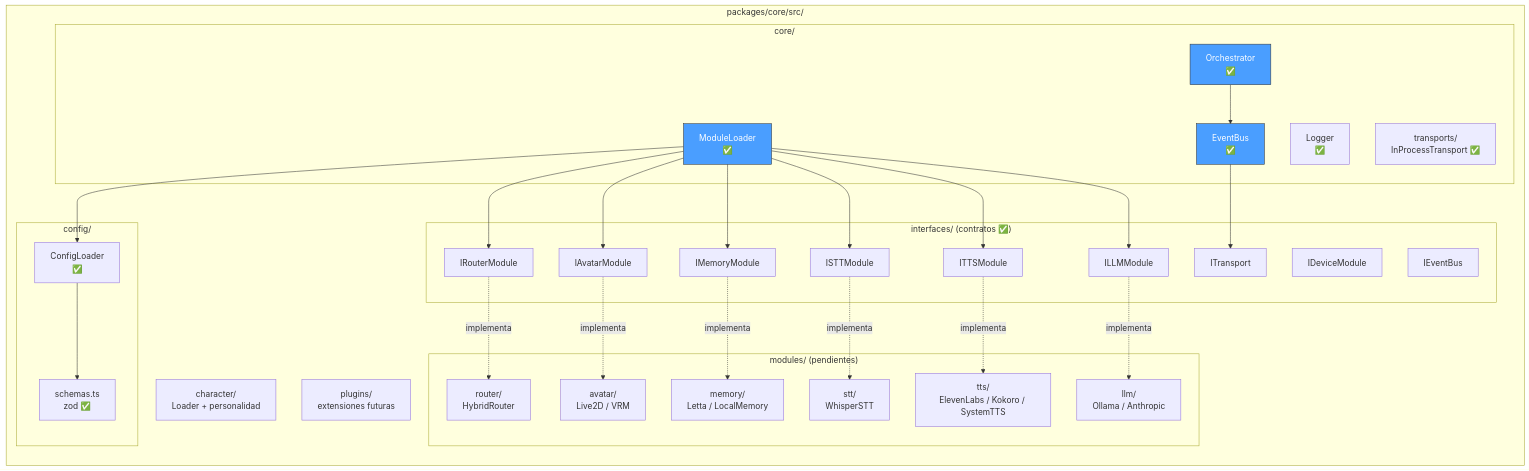
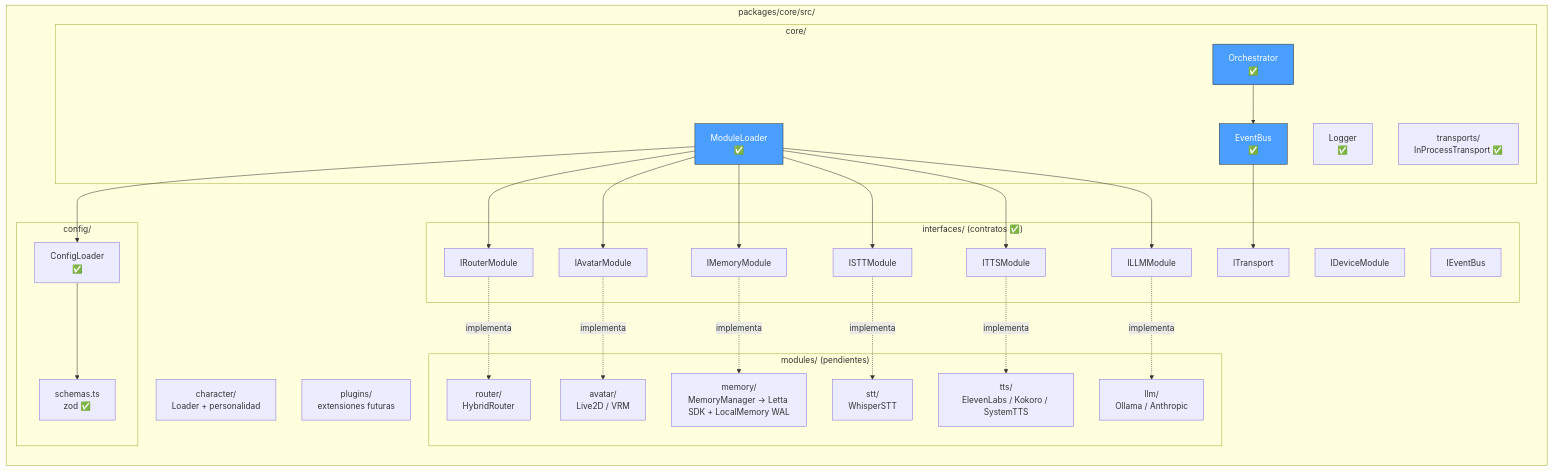
Before and after one commit to Pipelol0723/proyecto-shiro: the second of 5 diagrams in docs/architecture.md, drawn with Mermaid. The commit also changed other lines of this file and 3 other files, not shown here.

First line of the commit message:
docs: añade ADR 0018 (integración Letta) y actualiza README + architecture

````diff
--- a/docs/architecture.md
+++ b/docs/architecture.md
@@ -62,65 +62,65 @@
 ```mermaid
 graph LR
     subgraph "packages/core/src/"
         subgraph "core/"
             EventBus[EventBus<br>✅]
             Orchestrator[Orchestrator<br>✅]
             ModuleLoader[ModuleLoader<br>✅]
             Logger[Logger<br>✅]
             Transports[transports/<br>InProcessTransport ✅]
         end
 
         subgraph "config/"
             Schemas[schemas.ts<br>zod ✅]
             ConfigLoader[ConfigLoader<br>✅]
         end
 
         subgraph "interfaces/ (contratos ✅)"
             ILLM[ILLMModule]
             ITTS[ITTSModule]
             ISTT[ISTTModule]
             IMem[IMemoryModule]
             IAv[IAvatarModule]
             IRou[IRouterModule]
             IDev[IDeviceModule]
             ITrans[ITransport]
             IBus[IEventBus]
         end
 
         subgraph "modules/ (pendientes)"
             STT[stt/<br>WhisperSTT]
             TTS[tts/<br>ElevenLabs / Kokoro / SystemTTS]
             LLM[llm/<br>Ollama / Anthropic]
-            Mem[memory/<br>Letta / LocalMemory]
+            Mem[memory/<br>MemoryManager → Letta SDK + LocalMemory WAL]
             Av[avatar/<br>Live2D / VRM]
             Rou[router/<br>HybridRouter]
         end
 
         Character[character/<br>Loader + personalidad]
         Plugins[plugins/<br>extensiones futuras]
     end
 
     ModuleLoader --> ILLM
     ModuleLoader --> ITTS
     ModuleLoader --> ISTT
     ModuleLoader --> IMem
     ModuleLoader --> IAv
     ModuleLoader --> IRou
 
     ConfigLoader --> Schemas
     ModuleLoader --> ConfigLoader
 
     ILLM -.implementa.-> LLM
     ITTS -.implementa.-> TTS
     ISTT -.implementa.-> STT
     IMem -.implementa.-> Mem
     IAv -.implementa.-> Av
     IRou -.implementa.-> Rou
 
     Orchestrator --> EventBus
     EventBus --> ITrans
 
     style EventBus fill:#4a9eff,stroke:#333,color:#fff
     style Orchestrator fill:#4a9eff,stroke:#333,color:#fff
     style ModuleLoader fill:#4a9eff,stroke:#333,color:#fff
 ```
````
